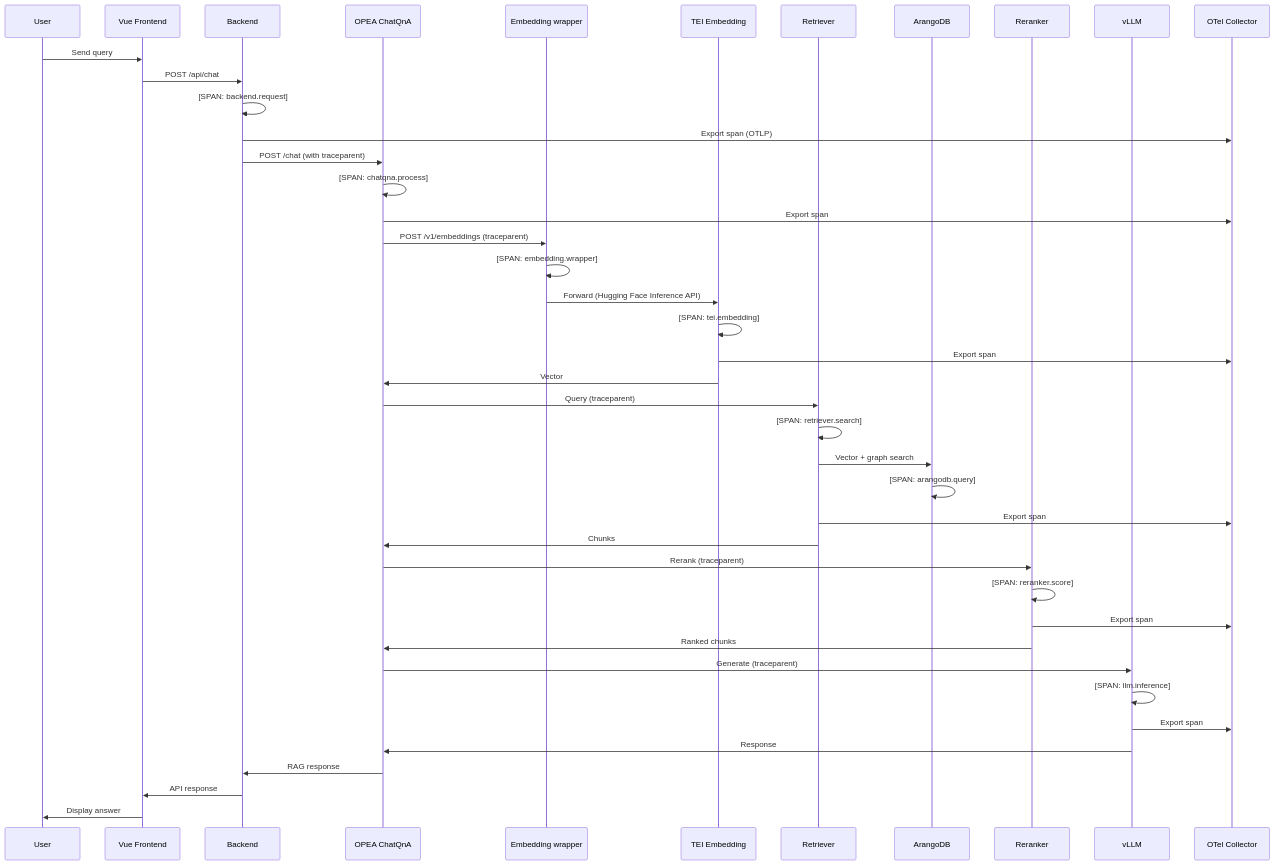
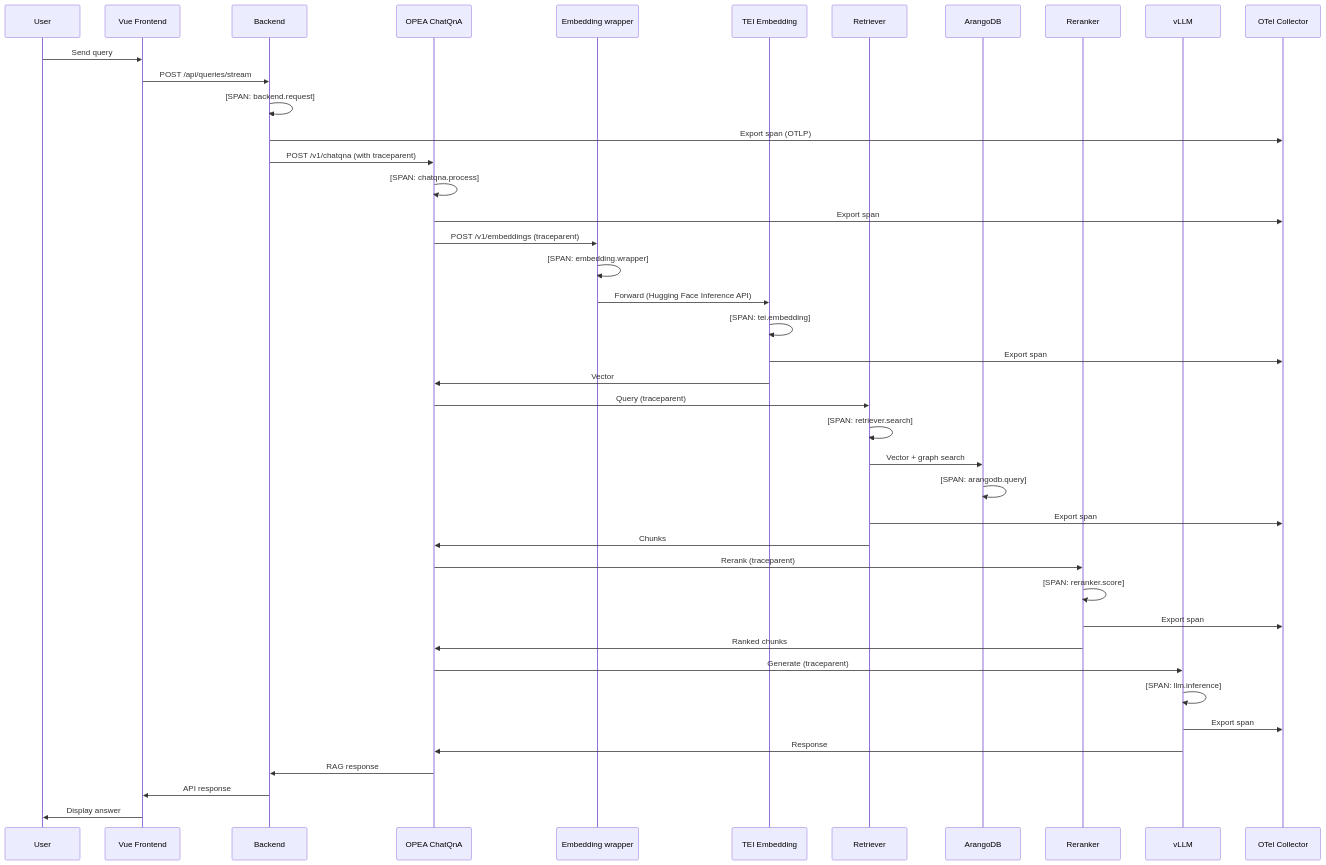
The tenth of 16 diagrams in site/content/en/docs/architecture/architecture.md (jrevillard/genie-ai-replica), drawn with Mermaid before and after one commit. The commit also changed other lines of this file and 2 other files, not shown here.

````diff
--- a/site/content/en/docs/architecture/architecture.md
+++ b/site/content/en/docs/architecture/architecture.md
@@ -560,52 +579,52 @@
 ```mermaid
 sequenceDiagram
     participant User
     participant FE as Vue Frontend
     participant BE as Backend
     participant ChatQnA as OPEA ChatQnA
     participant Emb as Embedding wrapper
     participant TEI as TEI Embedding
     participant Ret as Retriever
     participant ADB as ArangoDB
     participant Rerank as Reranker
     participant LLM as vLLM
     participant Collector as OTel Collector
 
     User->>FE: Send query
-    FE->>BE: POST /api/chat
+    FE->>BE: POST /api/queries/stream
     
     BE->>BE: [SPAN: backend.request]
     BE->>Collector: Export span (OTLP)
     
-    BE->>ChatQnA: POST /chat (with traceparent)
+    BE->>ChatQnA: POST /v1/chatqna (with traceparent)
     ChatQnA->>ChatQnA: [SPAN: chatqna.process]
     ChatQnA->>Collector: Export span
     
     ChatQnA->>Emb: POST /v1/embeddings (traceparent)
     Emb->>Emb: [SPAN: embedding.wrapper]
     Emb->>TEI: Forward (Hugging Face Inference API)
     TEI->>TEI: [SPAN: tei.embedding]
     TEI->>Collector: Export span
     TEI->>ChatQnA: Vector
     
     ChatQnA->>Ret: Query (traceparent)
     Ret->>Ret: [SPAN: retriever.search]
     Ret->>ADB: Vector + graph search
     ADB->>ADB: [SPAN: arangodb.query]
     Ret->>Collector: Export span
     Ret->>ChatQnA: Chunks
     
     ChatQnA->>Rerank: Rerank (traceparent)
     Rerank->>Rerank: [SPAN: reranker.score]
     Rerank->>Collector: Export span
     Rerank->>ChatQnA: Ranked chunks
     
     ChatQnA->>LLM: Generate (traceparent)
     LLM->>LLM: [SPAN: llm.inference]
     LLM->>Collector: Export span
     LLM->>ChatQnA: Response
     
     ChatQnA->>BE: RAG response
     BE->>FE: API response
     FE->>User: Display answer
 ```
````
